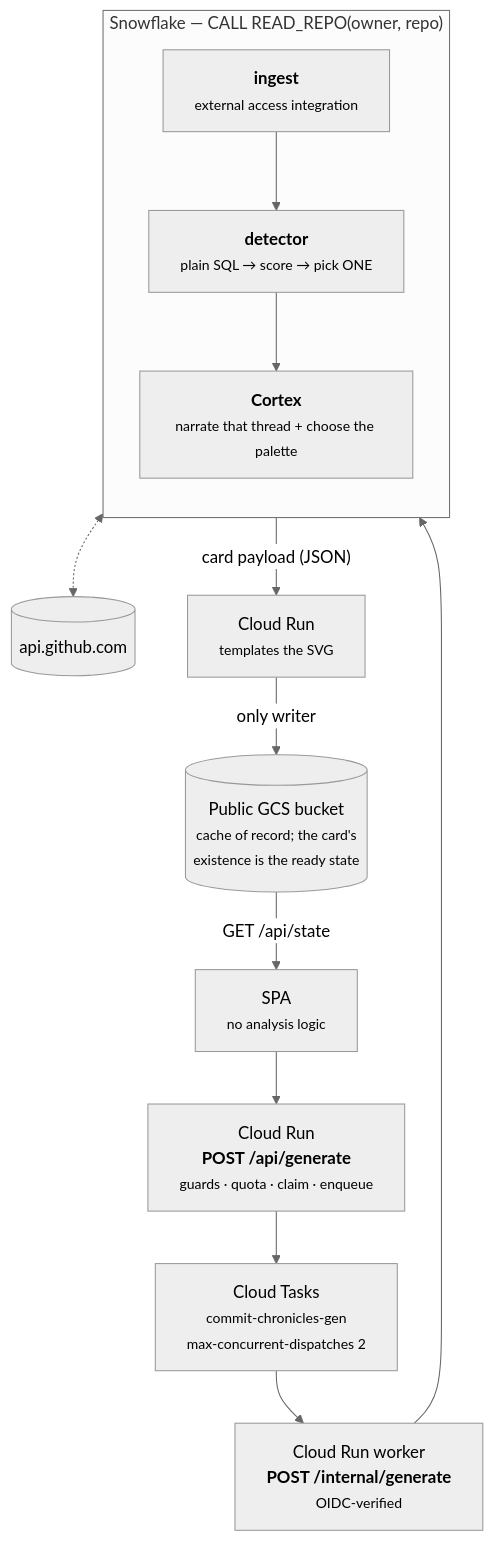
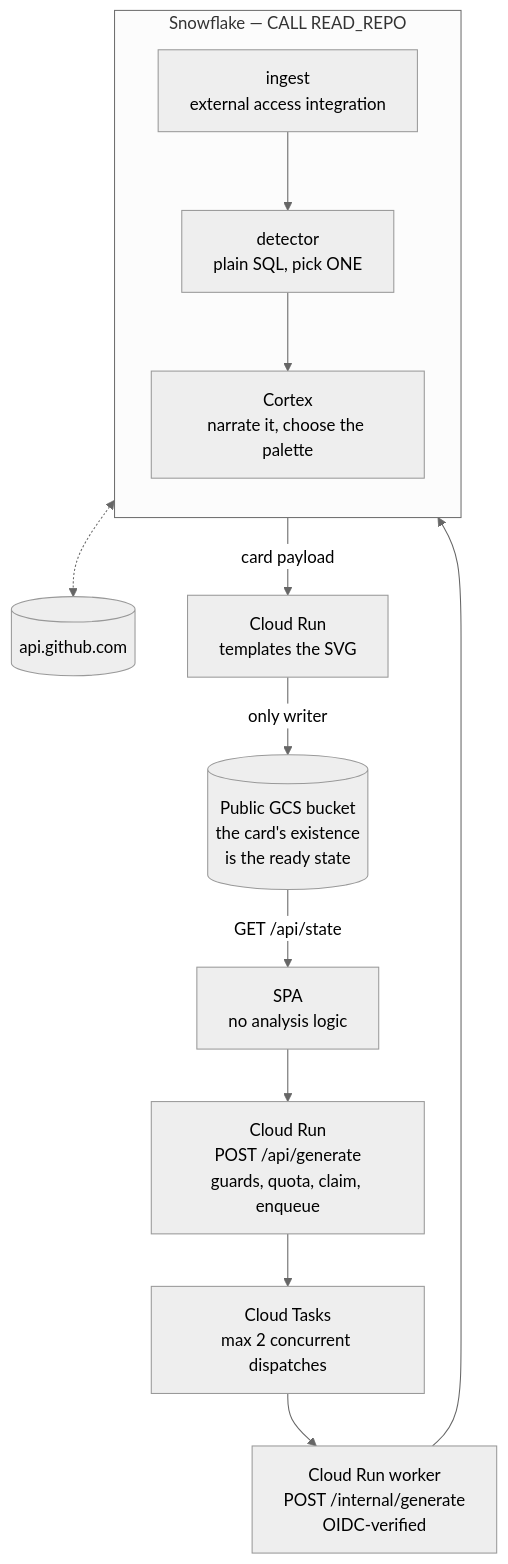
The second of 2 diagrams in docs/initial-design-spec.md (anchildress1/commit-chronicles), drawn with Mermaid (neutral theme) before and after one commit. The commit also changed other lines of this file and 2 other files, not shown here.

Commit message:
fix(docs): strip HTML from Mermaid labels so GitHub renders them
GitHub renders Mermaid with htmlLabels disabled, so the <b> and <small> tags
in node labels broke the parse and the diagrams showed as nothing. Parens in
node text are the other reliable way to kill it.

Labels are now plain text with <br/> only. The prose that was crammed into
them belongs in the paragraphs around them anyway.

````diff
--- a/docs/initial-design-spec.md
+++ b/docs/initial-design-spec.md
@@ -119,28 +119,28 @@
 ```mermaid
 flowchart TD
     accTitle: Commit Chronicles architecture
     accDescr: Cloud Run guards the generate request, claims quota, and enqueues to Cloud Tasks. Cloud Tasks calls back into Cloud Run with an OIDC token. That worker calls one Snowflake procedure, which ingests from GitHub through an external access integration, detects a storyline in SQL, and narrates it with Cortex. Cloud Run renders the returned payload to SVG and writes it to a public GCS bucket, which serves the card directly to READMEs.
 
-    SPA["SPA<br/><small>no analysis logic</small>"]
-    API["Cloud Run<br/><b>POST /api/generate</b><br/><small>guards · quota · claim · enqueue</small>"]
-    Q["Cloud Tasks<br/><small>commit-chronicles-gen<br/>max-concurrent-dispatches 2</small>"]
-    W["Cloud Run worker<br/><b>POST /internal/generate</b><br/><small>OIDC-verified</small>"]
+    SPA["SPA<br/>no analysis logic"]
+    API["Cloud Run<br/>POST /api/generate<br/>guards, quota, claim, enqueue"]
+    Q["Cloud Tasks<br/>max 2 concurrent dispatches"]
+    W["Cloud Run worker<br/>POST /internal/generate<br/>OIDC-verified"]
 
-    subgraph SF["Snowflake — CALL READ_REPO(owner, repo)"]
+    subgraph SF["Snowflake — CALL READ_REPO"]
         direction TB
-        ING["<b>ingest</b><br/><small>external access integration</small>"]
-        DET["<b>detector</b><br/><small>plain SQL → score → pick ONE</small>"]
-        CTX["<b>Cortex</b><br/><small>narrate that thread + choose the palette</small>"]
+        ING["ingest<br/>external access integration"]
+        DET["detector<br/>plain SQL, pick ONE"]
+        CTX["Cortex<br/>narrate it, choose the palette"]
         ING --> DET --> CTX
     end
 
     GH[("api.github.com")]
-    REN["Cloud Run<br/><small>templates the SVG</small>"]
-    GCS[("Public GCS bucket<br/><small>cache of record; the card's<br/>existence is the ready state</small>")]
+    REN["Cloud Run<br/>templates the SVG"]
+    GCS[("Public GCS bucket<br/>the card's existence<br/>is the ready state")]
 
     SPA --> API --> Q --> W --> SF
     ING <-.-> GH
-    SF -->|"card payload (JSON)"| REN
+    SF -->|"card payload"| REN
     REN -->|"only writer"| GCS
     GCS -->|"GET /api/state"| SPA
 ```
````
